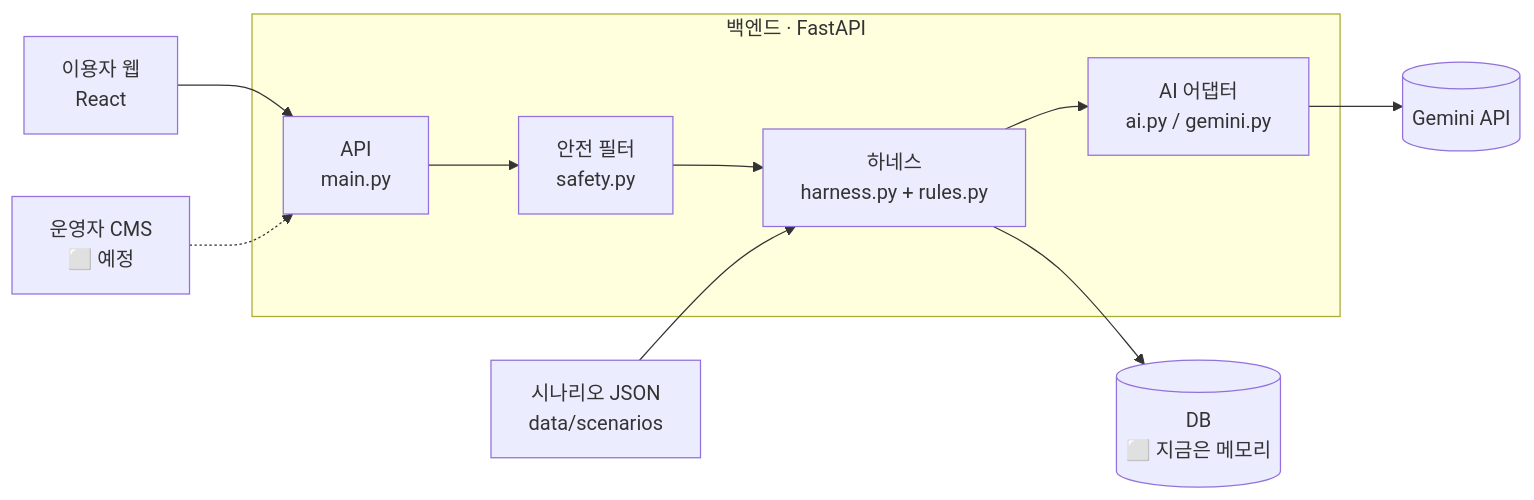
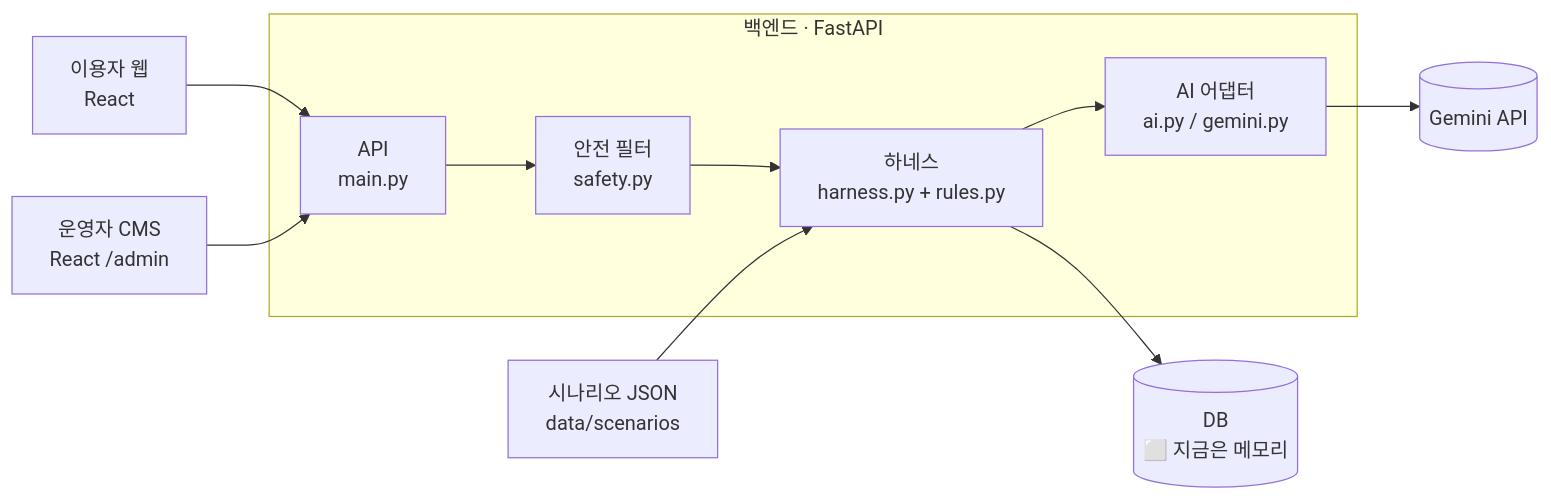
The first of 3 diagrams in docs/architecture.md (wuseok-j/MIA-Mock-Interview-Assistant-), drawn with Mermaid before and after one commit. The commit also changed other lines of this file and 15 other files, not shown here.

````diff
--- a/docs/architecture.md
+++ b/docs/architecture.md
@@ -10,13 +10,13 @@
 ```mermaid
 flowchart LR
     U[이용자 웹<br/>React] --> API
-    O[운영자 CMS<br/>⬜ 예정] -.-> API
+    O[운영자 CMS<br/>React /admin] --> API
     subgraph 서버 [백엔드 · FastAPI]
         API[API<br/>main.py] --> SF[안전 필터<br/>safety.py]
         SF --> H[하네스<br/>harness.py + rules.py]
         H --> AI[AI 어댑터<br/>ai.py / gemini.py]
     end
     AI --> LLM[(Gemini API)]
     H --> DB[(DB<br/>⬜ 지금은 메모리)]
     S[시나리오 JSON<br/>data/scenarios] --> H
 ```
````
